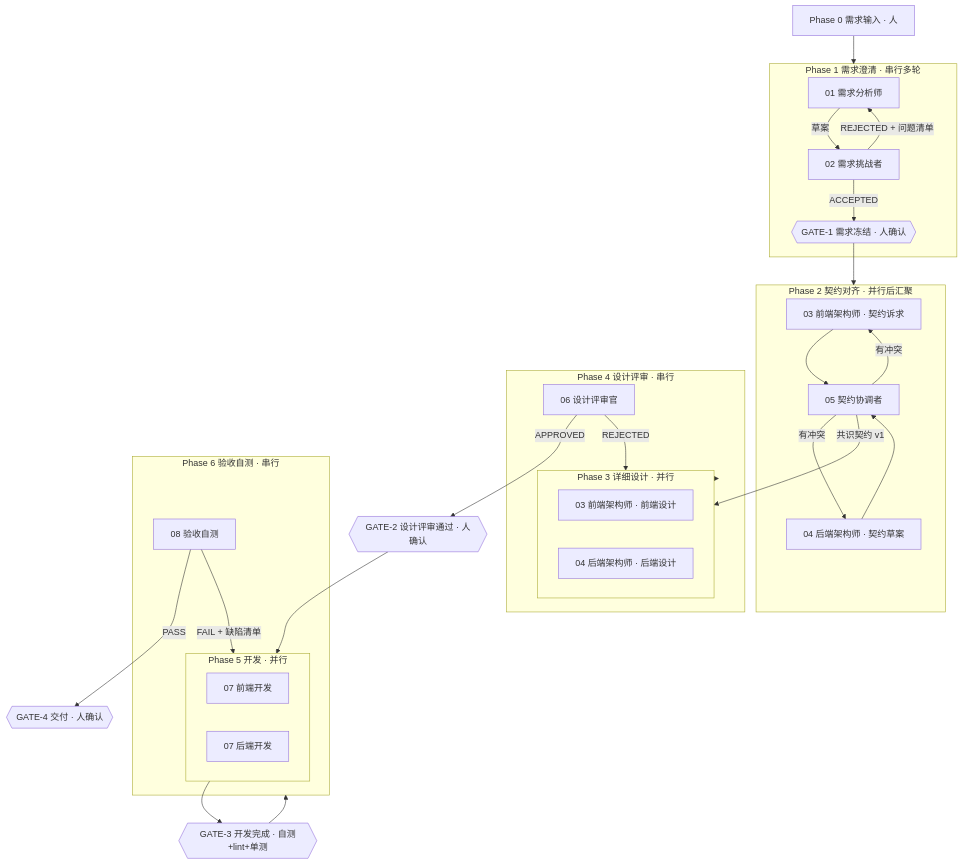
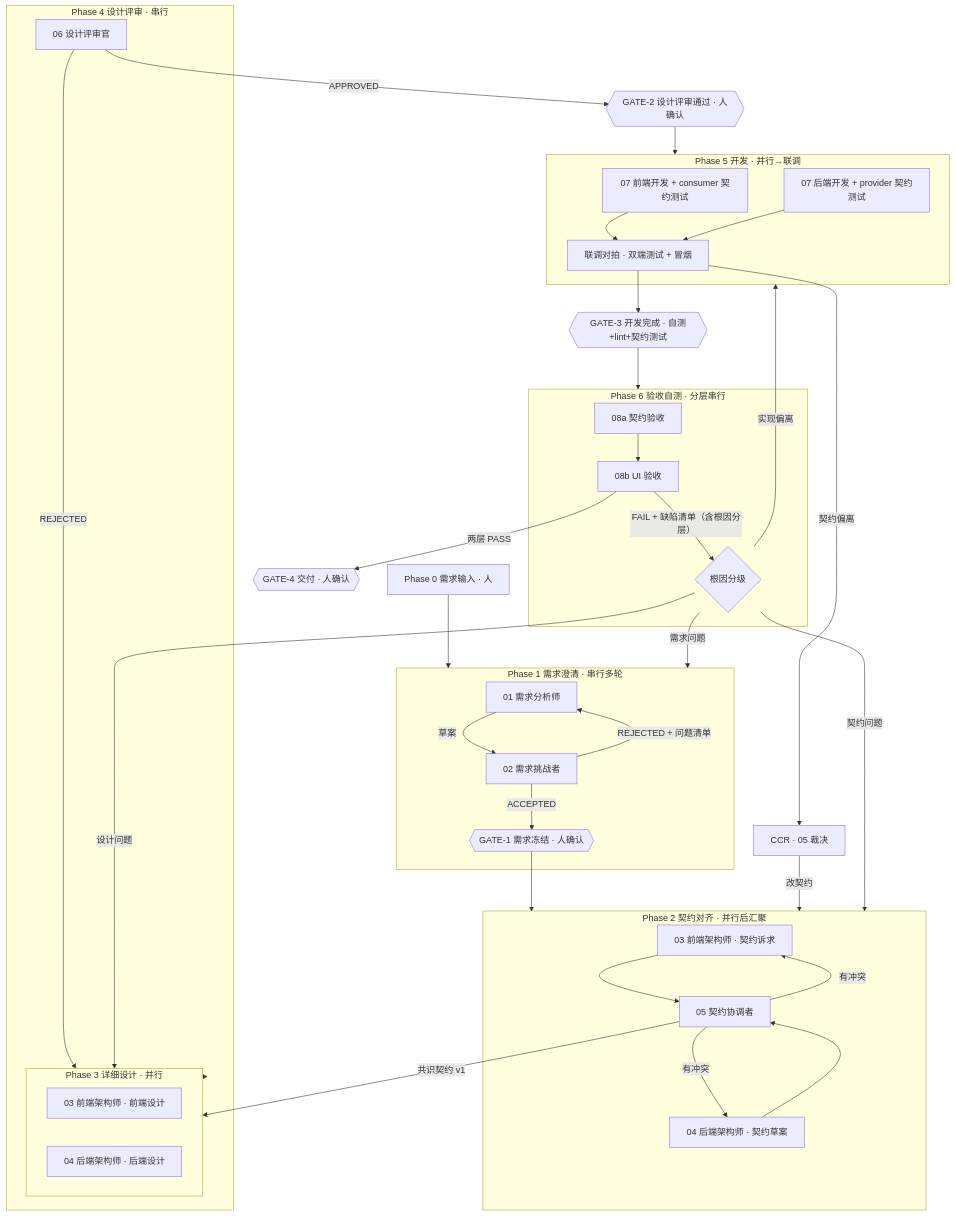
Before and after one commit to wzp123321/vue-plugins-components-collect: the diagram in knowledge/multi-agent-dev-workflow/SKILL.md, drawn with Mermaid. The commit also changed other lines of this file and 32 other files, not shown here.

````diff
--- a/knowledge/multi-agent-dev-workflow/SKILL.md
+++ b/knowledge/multi-agent-dev-workflow/SKILL.md
@@ -31,37 +45,46 @@
 ```mermaid
 flowchart TD
     P0[Phase 0 需求输入 · 人] --> P1
     subgraph P1[Phase 1 需求澄清 · 串行多轮]
         A1[01 需求分析师] -->|草案| A2[02 需求挑战者]
         A2 -->|REJECTED + 问题清单| A1
         A2 -->|ACCEPTED| G1
     end
     G1{{GATE-1 需求冻结 · 人确认}} --> P2
     subgraph P2[Phase 2 契约对齐 · 并行后汇聚]
         B1[03 前端架构师 · 契约诉求] --> N[05 契约协调者]
         B2[04 后端架构师 · 契约草案] --> N
         N -->|有冲突| B1
         N -->|有冲突| B2
     end
     N -->|共识契约 v1| P3
     subgraph P3[Phase 3 详细设计 · 并行]
         C1[03 前端架构师 · 前端设计]
         C2[04 后端架构师 · 后端设计]
     end
     P3 --> P4
     subgraph P4[Phase 4 设计评审 · 串行]
         D1[06 设计评审官] -->|REJECTED| P3
     end
     D1 -->|APPROVED| G2
     G2{{GATE-2 设计评审通过 · 人确认}} --> P5
-    subgraph P5[Phase 5 开发 · 并行]
-        E1[07 前端开发]
-        E2[07 后端开发]
+    subgraph P5[Phase 5 开发 · 并行→联调]
+        E1[07 前端开发 + consumer 契约测试]
+        E2[07 后端开发 + provider 契约测试]
+        E1 --> IT[联调对拍 · 双端测试 + 冒烟]
+        E2 --> IT
     end
-    P5 --> G3{{GATE-3 开发完成 · 自测+lint+单测}}
+    IT -->|契约偏离| CR[CCR · 05 裁决]
+    CR -->|改契约| P2
+    IT --> G3{{GATE-3 开发完成 · 自测+lint+契约测试}}
     G3 --> P6
-    subgraph P6[Phase 6 验收自测 · 串行]
-        F1[08 验收自测] -->|FAIL + 缺陷清单| P5
+    subgraph P6[Phase 6 验收自测 · 分层串行]
+        F1[08a 契约验收] --> F2[08b UI 验收]
+        F2 -->|FAIL + 缺陷清单（含根因分层）| RT{根因分级}
     end
-    F1 -->|PASS| G4{{GATE-4 交付 · 人确认}}
+    RT -->|契约问题| P2
+    RT -->|设计问题| P3
+    RT -->|需求问题| P1
+    RT -->|实现偏离| P5
+    F2 -->|两层 PASS| G4{{GATE-4 交付 · 人确认}}
 ```
````
